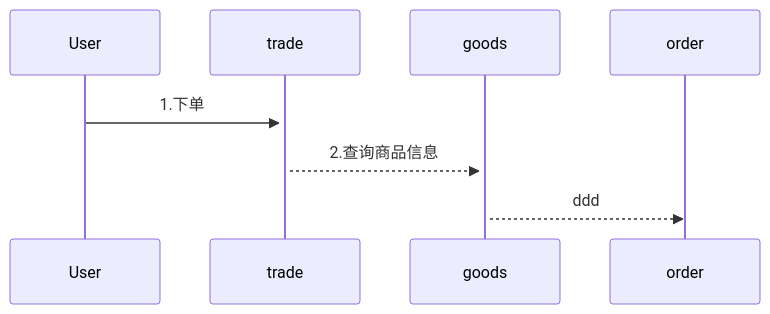
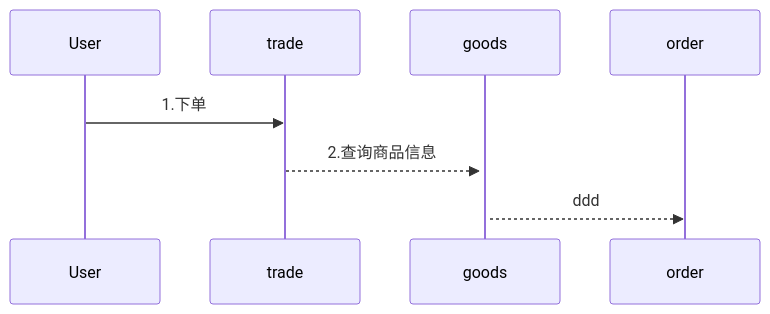
The diagram in all/未命名-6.md (yingjianzh/iodraw-files), drawn with Mermaid before and after one commit.

Commit message:
2024-08-19 14:59:11 update

````diff
--- a/all/未命名-6.md
+++ b/all/未命名-6.md
@@ -1,6 +1,6 @@
 ```mermaid
 sequenceDiagram
-    User->>+trade: 1.下单
+    User->>trade: 1.下单
     trade-->>+goods: 2.查询商品信息
     goods-->>order: ddd
 ```
````
